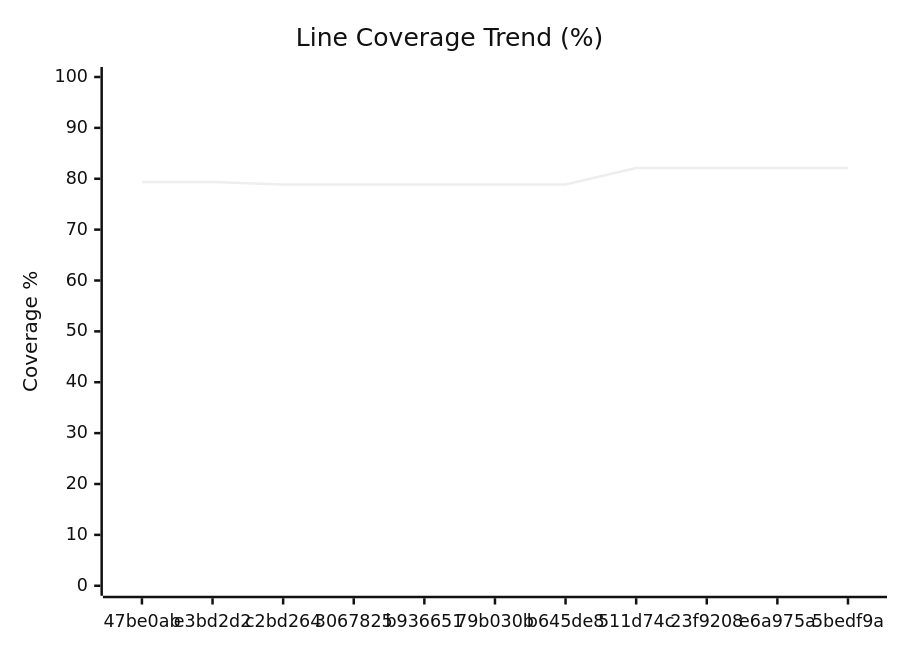
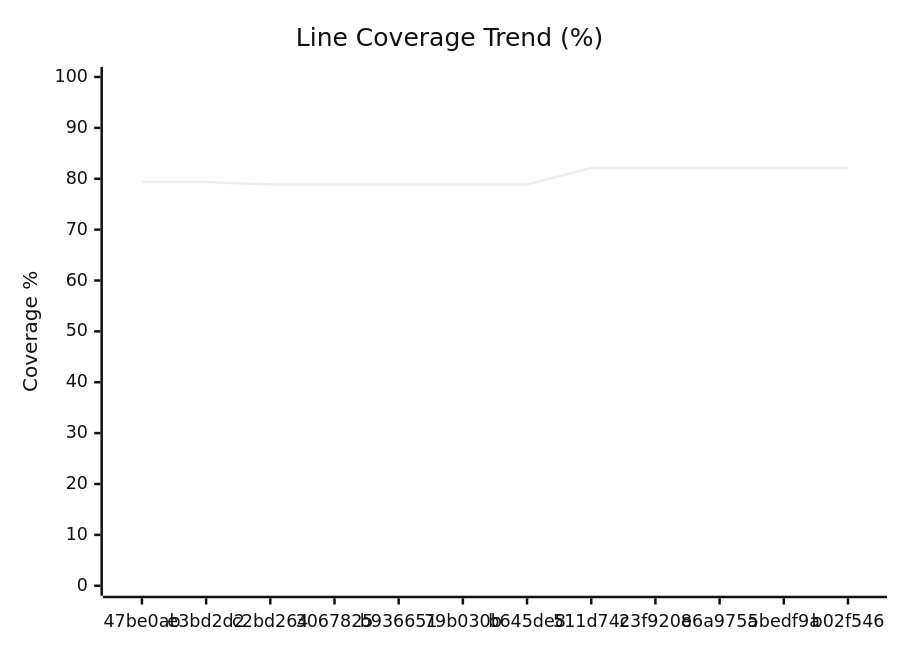
Before and after one commit to googlemaps/android-maps-testing: the diagram in COVERAGE.md, drawn with Mermaid (neutral theme). The commit also changed other lines of this file and 2 other files, not shown here.

Commit message:
chore: record unit coverage

````diff
--- a/COVERAGE.md
+++ b/COVERAGE.md
@@ -52,7 +52,7 @@
 ```mermaid
 xychart-beta
     title "Line Coverage Trend (%)"
-    x-axis ["47be0ab", "e3bd2d2", "c2bd264", "3067825", "b936651", "79b030b", "b645de8", "511d74c", "23f9208", "e6a975a", "5bedf9a"]
+    x-axis ["47be0ab", "e3bd2d2", "c2bd264", "3067825", "b936651", "79b030b", "b645de8", "511d74c", "23f9208", "e6a975a", "5bedf9a", "b02f546"]
     y-axis "Coverage %" 0 --> 100
-    line [79.34, 79.34, 78.88, 78.88, 78.88, 78.88, 78.88, 82.12, 82.12, 82.12, 82.12]
+    line [79.34, 79.34, 78.88, 78.88, 78.88, 78.88, 78.88, 82.12, 82.12, 82.12, 82.12, 82.12]
 ```
````
